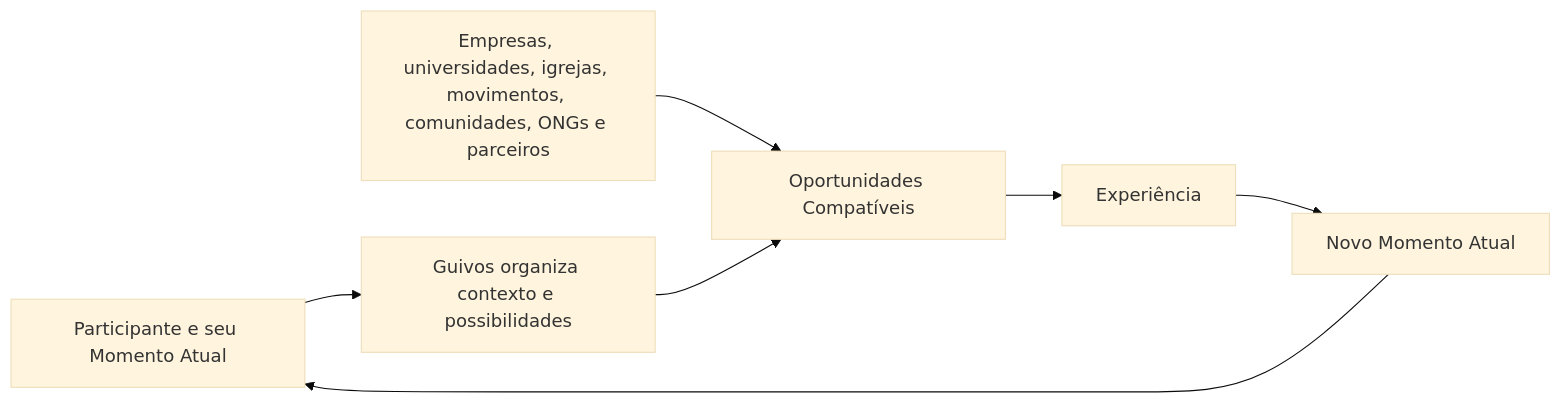
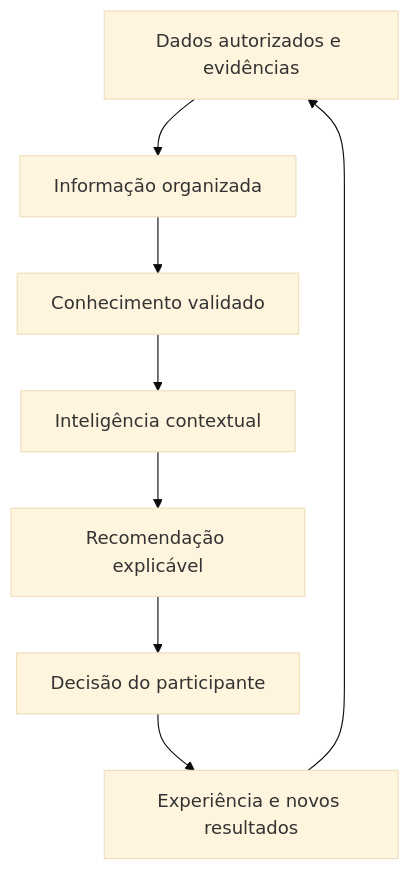
The second of 2 diagrams in docs/public/guia-oficial-da-guivos.md (guivos-repositorio/Guivos-Knowledge-Repository), drawn with Mermaid (base theme) before and after one commit. The commit also changed other lines of this file, not shown here.

````diff
--- a/docs/public/guia-oficial-da-guivos.md
+++ b/docs/public/guia-oficial-da-guivos.md
@@ -258,16 +625,18 @@
 ```mermaid
-flowchart LR
-    P[Participante e seu Momento Atual]
-    G[Guivos organiza contexto e possibilidades]
-    O[Oportunidades Compatíveis]
-    E[Empresas, universidades, igrejas, movimentos, comunidades, ONGs e parceiros]
-    X[Experiência]
-    N[Novo Momento Atual]
+flowchart TD
+    A[Dados autorizados e evidências]
+    B[Informação organizada]
+    C[Conhecimento validado]
+    D[Inteligência contextual]
+    E[Recomendação explicável]
+    F[Decisão do participante]
+    G[Experiência e novos resultados]
 
-    E --> O
-    P --> G
-    G --> O
-    O --> X
-    X --> N
-    N --> P
+    A --> B
+    B --> C
+    C --> D
+    D --> E
+    E --> F
+    F --> G
+    G --> A
 ```
````
